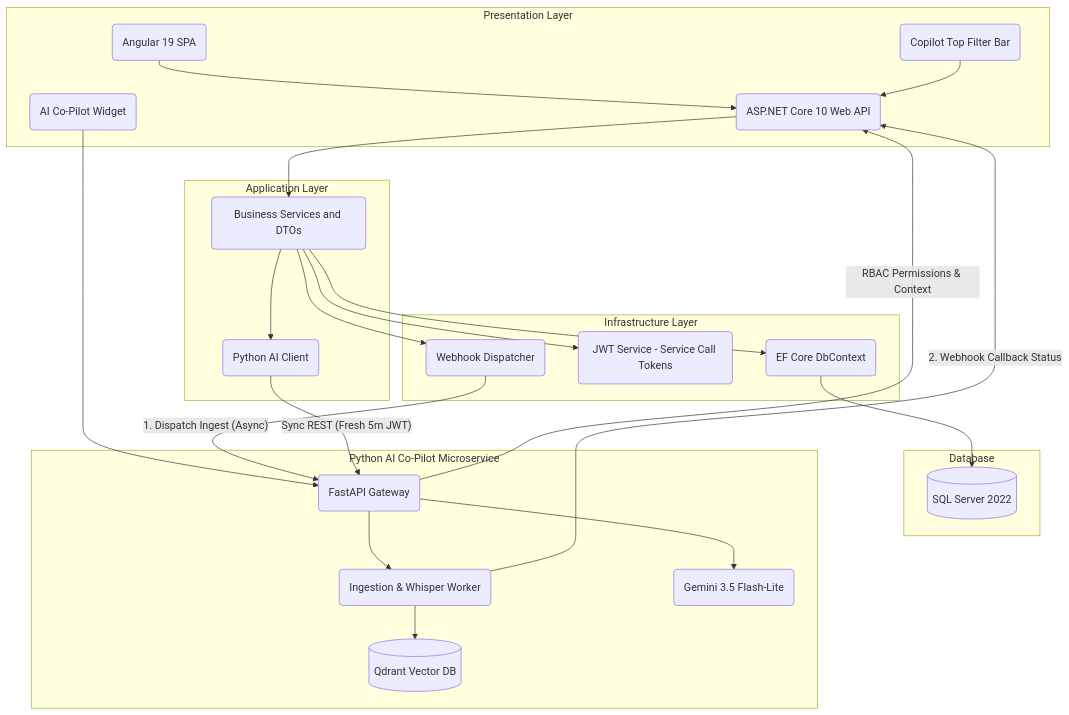
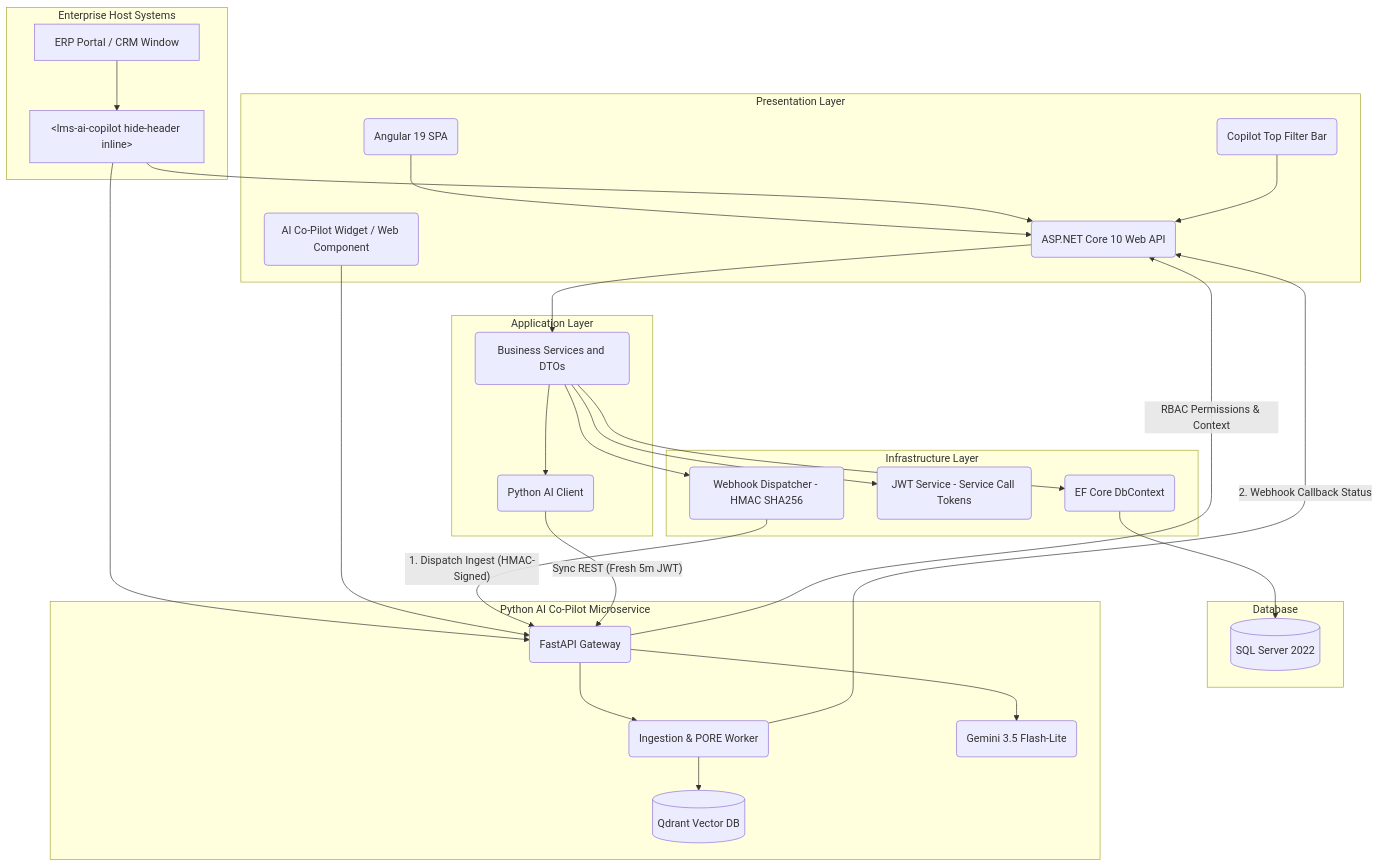
The first of 2 diagrams in README.md (MazenDarweesh/DynamicProLearn), drawn with Mermaid before and after one commit. The commit also changed other lines of this file and 1 other file, not shown here.

First line of the commit message:
docs(readme): update architecture, API specs, and features for PORE and Web Components

````diff
--- a/README.md
+++ b/README.md
@@ -88,48 +116,56 @@
 ```mermaid
 graph TD
   subgraph Presentation [Presentation Layer]
     UI(Angular 19 SPA)
-    Widget(AI Co-Pilot Widget)
+    Widget(AI Co-Pilot Widget / Web Component)
     FilterBar(Copilot Top Filter Bar)
     API(ASP.NET Core 10 Web API)
+  end
+
+  subgraph ExternalERP [Enterprise Host Systems]
+    ERP[ERP Portal / CRM Window]
+    EmbeddedCopilot["&lt;lms-ai-copilot hide-header inline&gt;"]
+    ERP --> EmbeddedCopilot
   end
 
   subgraph Application [Application Layer]
     CQRS(Business Services and DTOs)
     AiClient(Python AI Client)
   end
 
   subgraph Infrastructure [Infrastructure Layer]
     EF(EF Core DbContext)
     Auth(JWT Service - Service Call Tokens)
-    Dispatcher(Webhook Dispatcher)
+    Dispatcher(Webhook Dispatcher - HMAC SHA256)
   end
 
   subgraph Persistence [Database]
     DB[(SQL Server 2022)]
   end
 
   subgraph AIEngine [Python AI Co-Pilot Microservice]
     FastAPI(FastAPI Gateway)
-    Worker(Ingestion & Whisper Worker)
+    Worker(Ingestion & PORE Worker)
     Qdrant[(Qdrant Vector DB)]
     Gemini(Gemini 3.5 Flash-Lite)
   end
 
   UI --> API
+  EmbeddedCopilot --> FastAPI
+  EmbeddedCopilot --> API
   Widget --> FastAPI
   FilterBar --> API
   API --> CQRS
   CQRS --> EF
   CQRS --> Auth
   CQRS --> Dispatcher
   CQRS --> AiClient
   EF --> DB
-  Dispatcher -- "1. Dispatch Ingest (Async)" --> FastAPI
+  Dispatcher -- "1. Dispatch Ingest (HMAC-Signed)" --> FastAPI
   FastAPI --> Worker
   Worker --> Qdrant
   Worker -- "2. Webhook Callback Status" --> API
   AiClient -- "Sync REST (Fresh 5m JWT)" --> FastAPI
   FastAPI --> Gemini
   FastAPI -- "RBAC Permissions & Context" --> API
 ```
````
